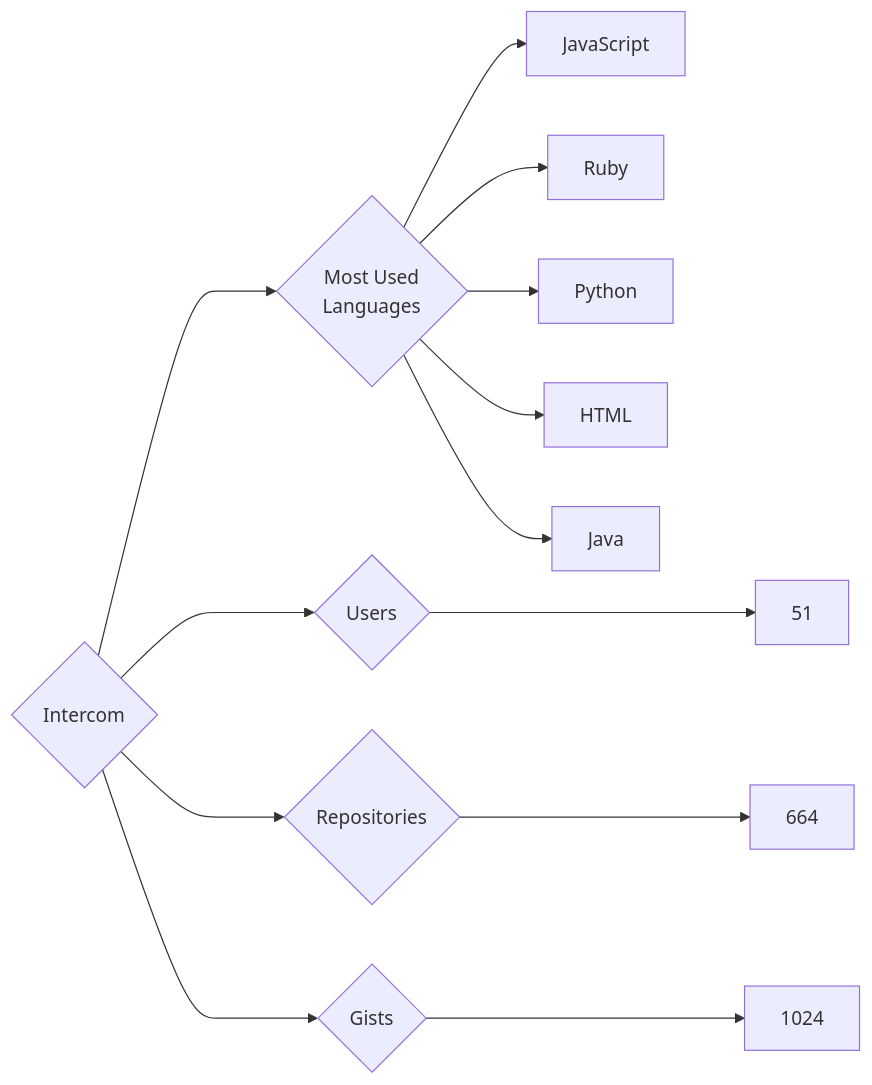
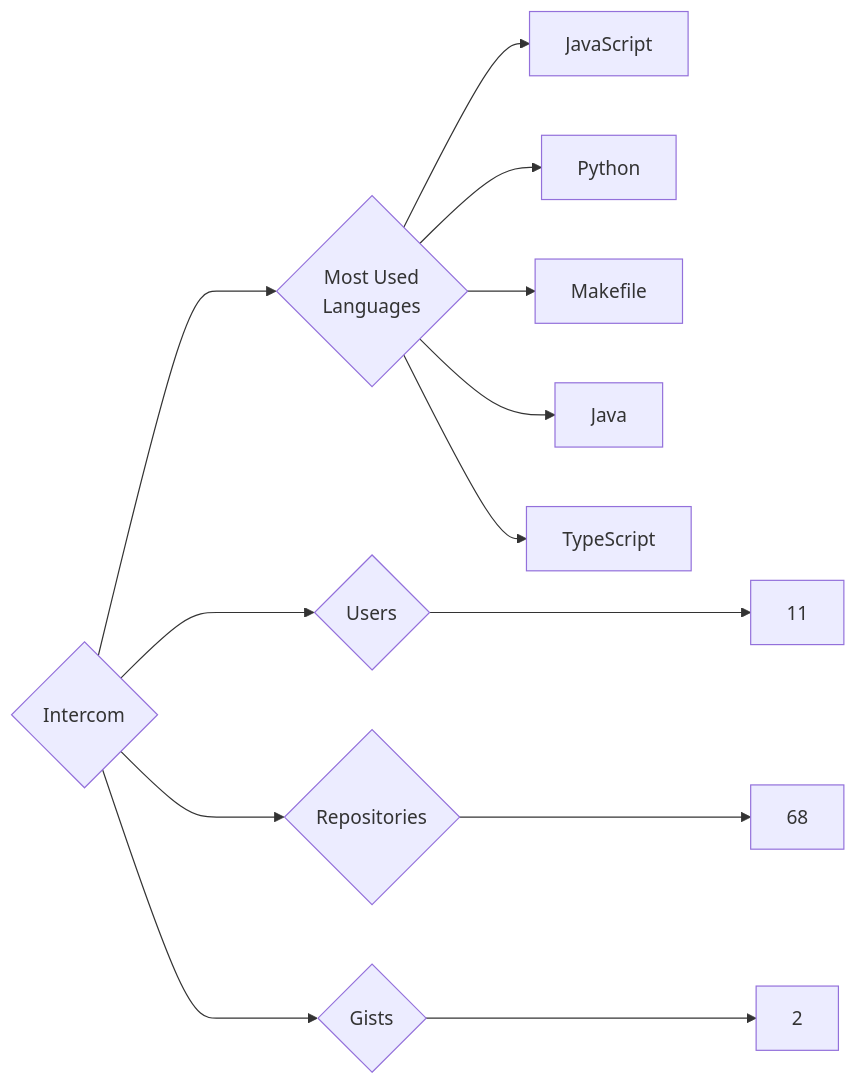
One commit to trickest/insiders changed the diagram in targets/Intercom/README.md. Above: the diagram before and after it, drawn with Mermaid. The commit also changed 934 other files, not shown here.

````diff
--- a/targets/Intercom/README.md
+++ b/targets/Intercom/README.md
@@ -3,13 +3,13 @@
 ```mermaid
 graph LR
 COMPANY_NAME{Intercom}
-COMPANY_NAME ---> U{Users} ---> UN[51]
-COMPANY_NAME ---> R{Repositories} ---> RN[664]
-COMPANY_NAME ---> G{Gists} ---> GN[1024]
+COMPANY_NAME ---> U{Users} ---> UN[11]
+COMPANY_NAME ---> R{Repositories} ---> RN[68]
+COMPANY_NAME ---> G{Gists} ---> GN[2]
 COMPANY_NAME ---> ML{Most Used<br>Languages}
 ML --> JavaScript[JavaScript]
-ML --> Ruby[Ruby]
 ML --> Python[Python]
-ML --> HTML[HTML]
+ML --> Makefile[Makefile]
 ML --> Java[Java]
+ML --> TypeScript[TypeScript]
 ```
````
